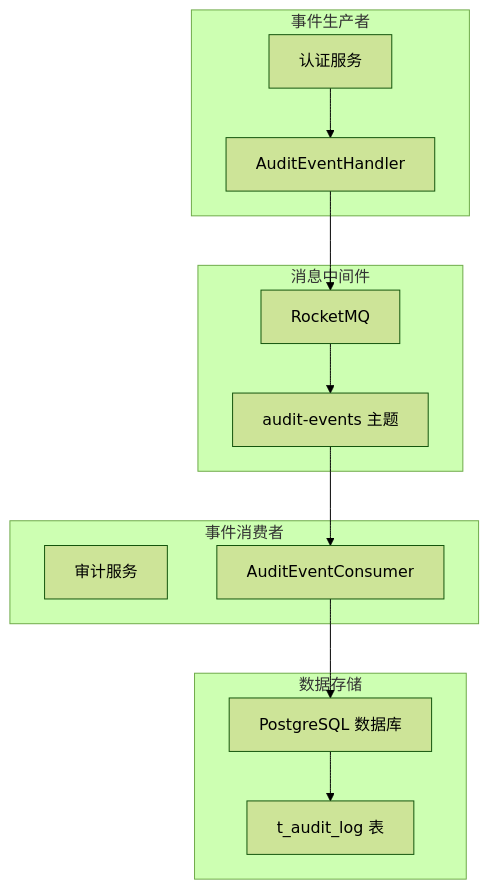
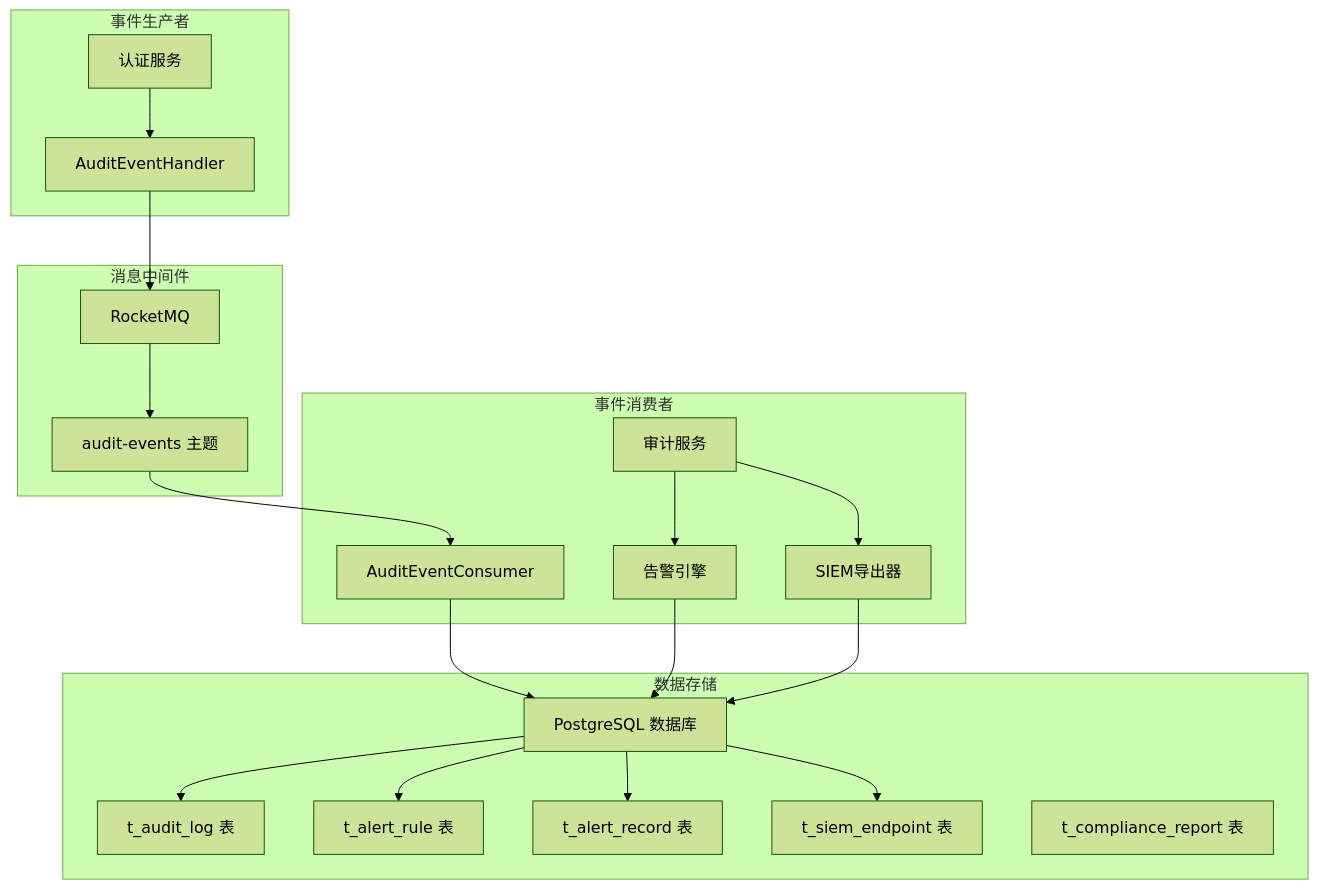
Before and after one commit to fq0121104930716/iam-platform: diagram 11 of 12 in .qoder/repowiki/zh/content/数据库设计/数据库架构/审计日志表.md, drawn with Mermaid (forest theme). The commit also changed other lines of this file and 46 other files, not shown here.

````diff
--- a/.qoder/repowiki/zh/content/数据库设计/数据库架构/审计日志表.md
+++ b/.qoder/repowiki/zh/content/数据库设计/数据库架构/审计日志表.md
@@ -494,25 +739,38 @@
 ```mermaid
 graph TB
 subgraph "事件生产者"
 AuthSvc["认证服务"]
 AuditHandler["AuditEventHandler"]
 end
 subgraph "消息中间件"
 MQ["RocketMQ"]
 Topic["audit-events 主题"]
 end
 subgraph "事件消费者"
 AuditSvc["审计服务"]
 AuditConsumer["AuditEventConsumer"]
+AlertEngine["告警引擎"]
+SIEM["SIEM导出器"]
 end
 subgraph "数据存储"
 DB["PostgreSQL 数据库"]
 Table["t_audit_log 表"]
+AlertRuleTable["t_alert_rule 表"]
+AlertRecordTable["t_alert_record 表"]
+SiemTable["t_siem_endpoint 表"]
+CompTable["t_compliance_report 表"]
 end
 AuthSvc --> AuditHandler
 AuditHandler --> MQ
 MQ --> Topic
 Topic --> AuditConsumer
 AuditConsumer --> DB
 DB --> Table
+AuditSvc --> AlertEngine
+AlertEngine --> DB
+DB --> AlertRuleTable
+DB --> AlertRecordTable
+AuditSvc --> SIEM
+SIEM --> DB
+DB --> SiemTable
 ```
````
